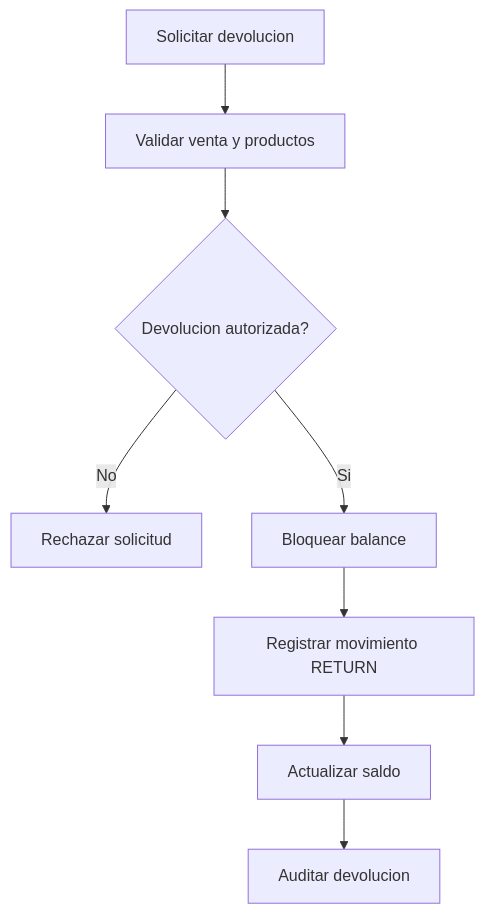
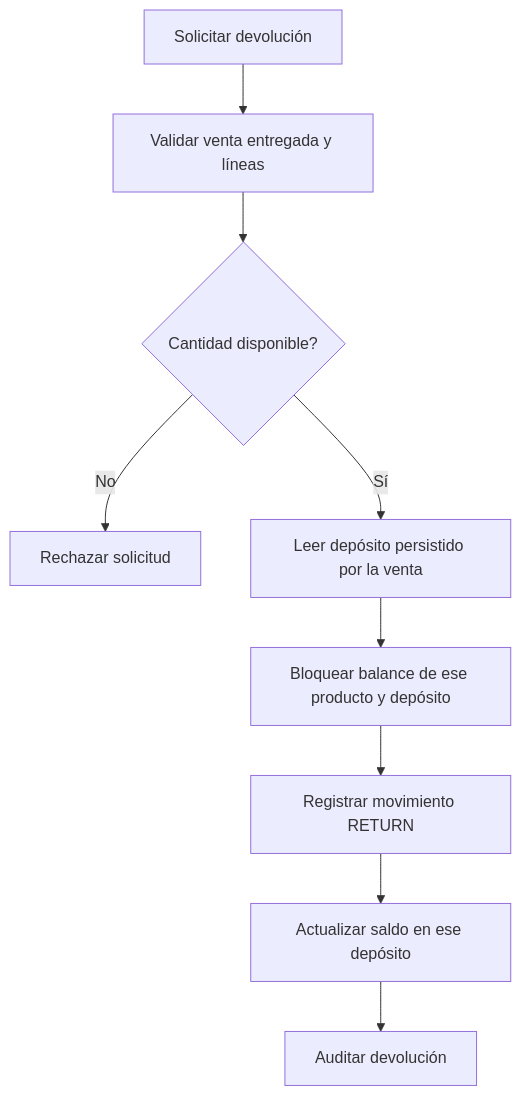
One commit to Martinrc93/distribuidoraCore changed the diagram in docs/diagrams/inventory/flow-return.md. Above: the diagram before and after it, drawn with Mermaid. The commit also changed 145 other files, not shown here.

````diff
--- a/docs/diagrams/inventory/flow-return.md
+++ b/docs/diagrams/inventory/flow-return.md
@@ -3,10 +3,11 @@
 ```mermaid
 flowchart TD
-    A[Solicitar devolucion] --> B[Validar venta y productos]
-    B --> C{Devolucion autorizada?}
+    A[Solicitar devolución] --> B[Validar venta entregada y líneas]
+    B --> C{Cantidad disponible?}
     C -->|No| D[Rechazar solicitud]
-    C -->|Si| E[Bloquear balance]
-    E --> F[Registrar movimiento RETURN]
-    F --> G[Actualizar saldo]
-    G --> H[Auditar devolucion]
+    C -->|Sí| E[Leer depósito persistido por la venta]
+    E --> F[Bloquear balance de ese producto y depósito]
+    F --> G[Registrar movimiento RETURN]
+    G --> H[Actualizar saldo en ese depósito]
+    H --> I[Auditar devolución]
 ```
````
